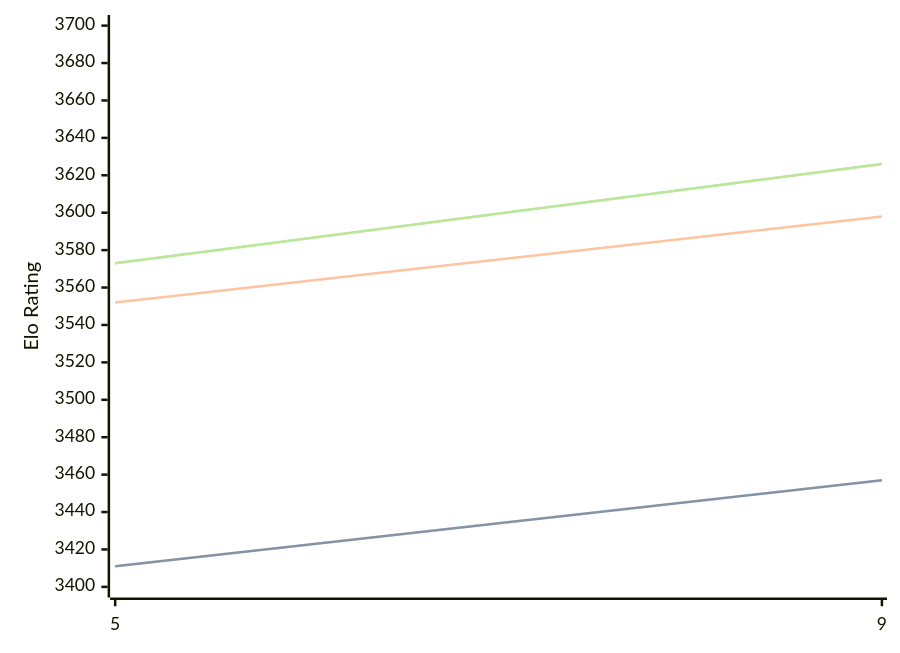
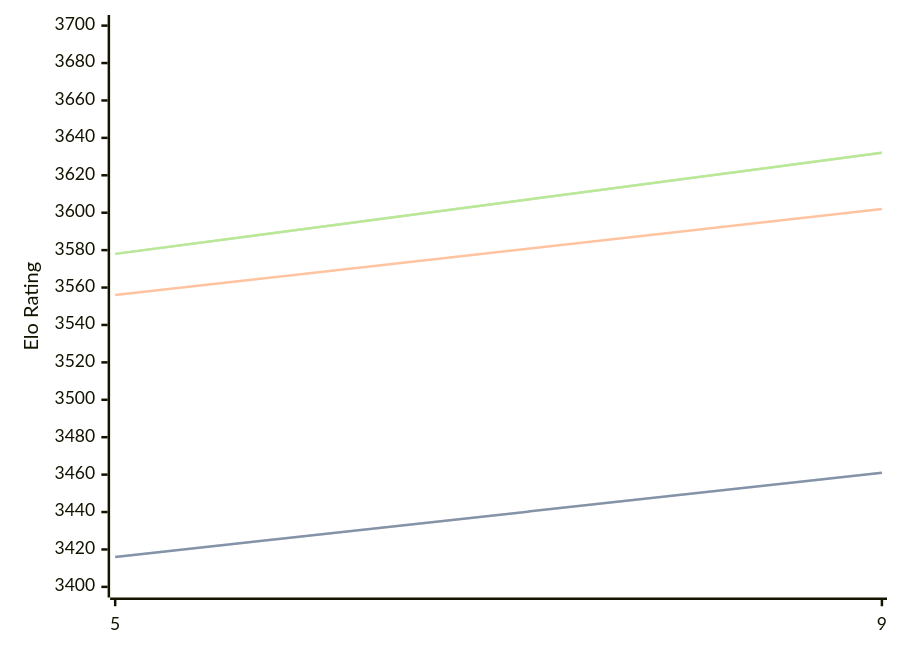
One commit to computer-chess-index/cci changed the diagram in engines/Crystal.md. Above: the diagram before and after it, drawn with Mermaid. The commit also changed other lines of this file, not shown here.

Commit message:
Update CCI Ratings (ELO VLTC) - 2026-04-18

````diff
--- a/engines/Crystal.md
+++ b/engines/Crystal.md
@@ -60,11 +60,11 @@
 ```mermaid
 %%{init: {"theme":"base","themeVariables":{"seriesColors:['#a3a3a3','#222221','#faa371']}}}%%
 xychart-beta
   x-axis ["5", "9"]
   y-axis "Elo Rating" 3400 --> 3700
-  line "STC (8.0+0.08s)" [3411, 3457]
-  line "STC (8.0+0.08s)" [3411, 3457]
-  line "LTC (60.0+0.60s)" [3552, 3598]
-  line "VLTC (2m24s+1.12s)" [3573, 3626]
-  line "VLTC (2m24s+1.12s)" [3573, 3626]
+  line "STC (8.0+0.08s)" [3416, 3461]
+  line "STC (8.0+0.08s)" [3416, 3461]
+  line "LTC (60.0+0.60s)" [3556, 3602]
+  line "VLTC (2m24s+1.12s)" [3578, 3632]
+  line "VLTC (2m24s+1.12s)" [3578, 3632]
 ```
````
